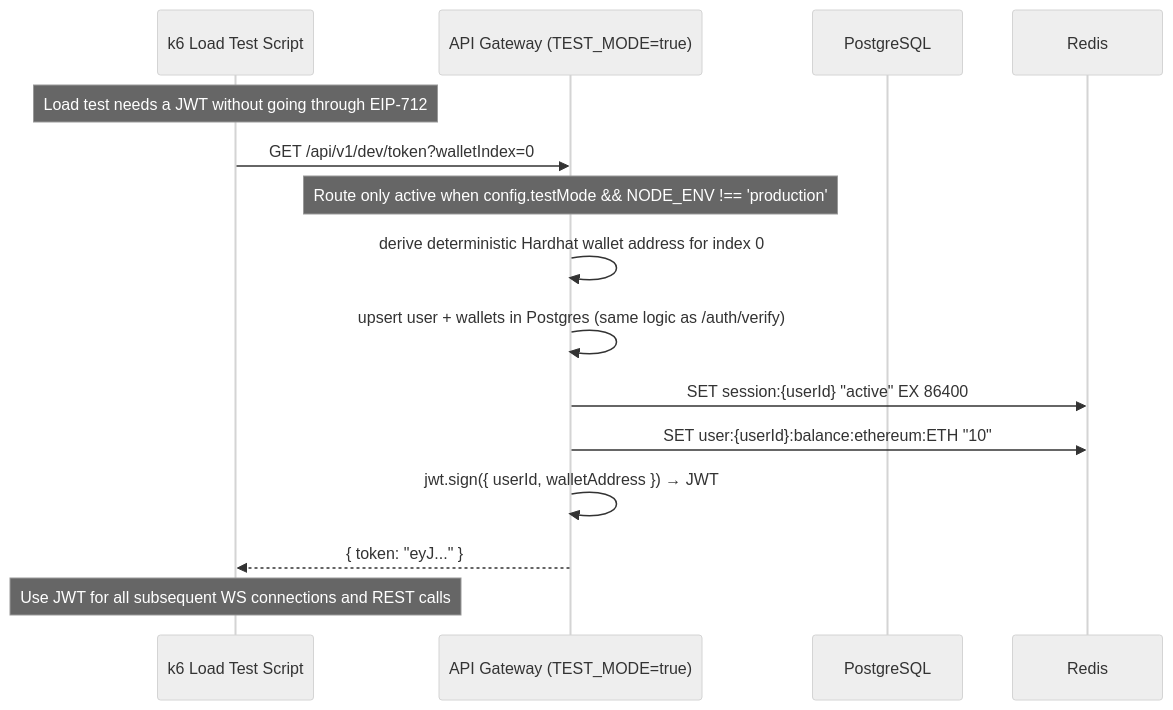
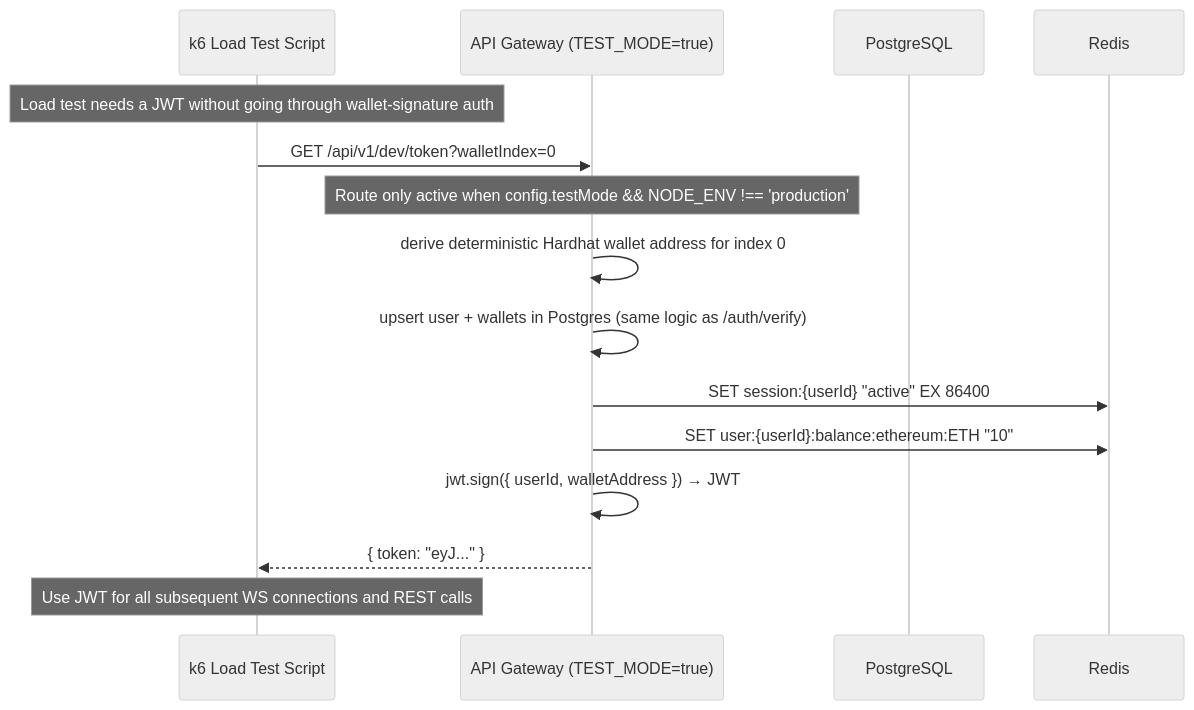
One commit to Fennzo/DiceTilt changed diagram 18 of 19 in documentation/sequence-diagrams.md. Above: the diagram before and after it, drawn with Mermaid (neutral theme). The commit also changed other lines of this file and 24 other files, not shown here.

Commit message:
align architecture docs with current runtime implementation

````diff
--- a/documentation/sequence-diagrams.md
+++ b/documentation/sequence-diagrams.md
@@ -591,19 +573,19 @@
 ```mermaid
 sequenceDiagram
     participant K6 as k6 Load Test Script
     participant API as API Gateway (TEST_MODE=true)
     participant PG as PostgreSQL
     participant Redis as Redis
 
-    Note over K6: Load test needs a JWT without going through EIP-712
+    Note over K6: Load test needs a JWT without going through wallet-signature auth
     K6->>API: GET /api/v1/dev/token?walletIndex=0
     Note over API: Route only active when config.testMode && NODE_ENV !== 'production'
     API->>API: derive deterministic Hardhat wallet address for index 0
     API->>API: upsert user + wallets in Postgres (same logic as /auth/verify)
     API->>Redis: SET session:{userId} "active" EX 86400
     API->>Redis: SET user:{userId}:balance:ethereum:ETH "10"
     API->>API: jwt.sign({ userId, walletAddress }) → JWT
     API-->>K6: { token: "eyJ..." }
 
     Note over K6: Use JWT for all subsequent WS connections and REST calls
 ```
````
